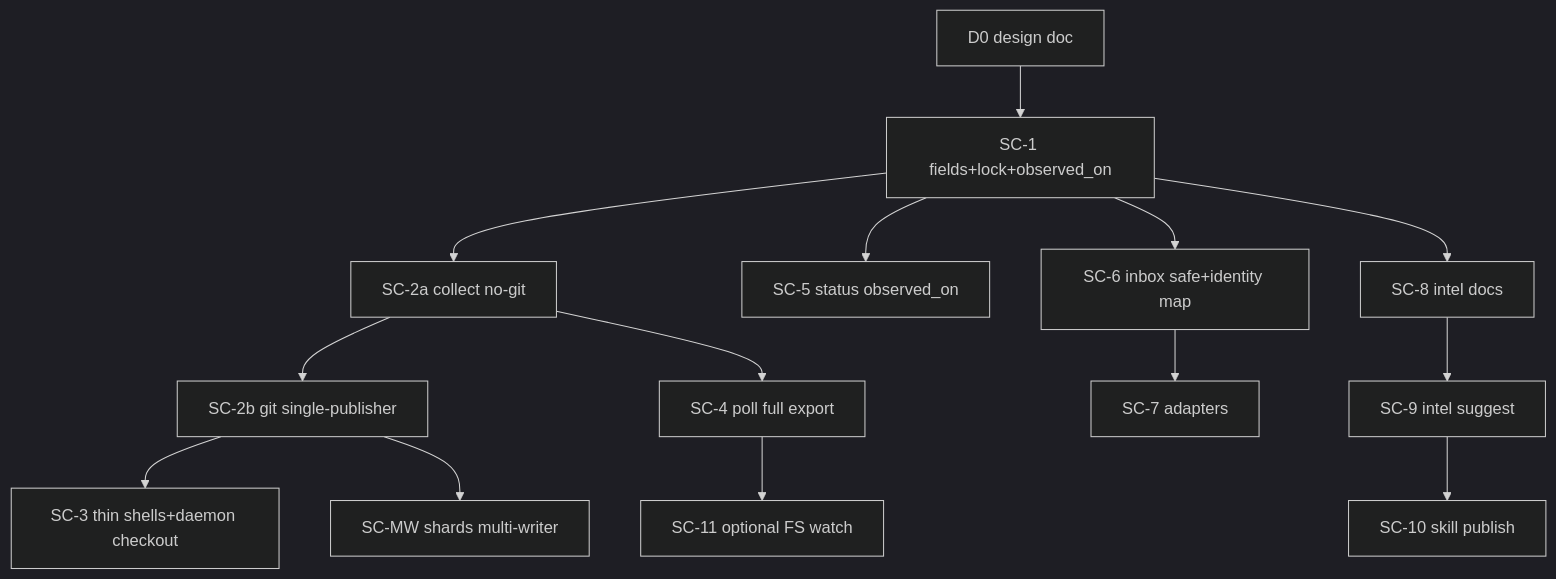
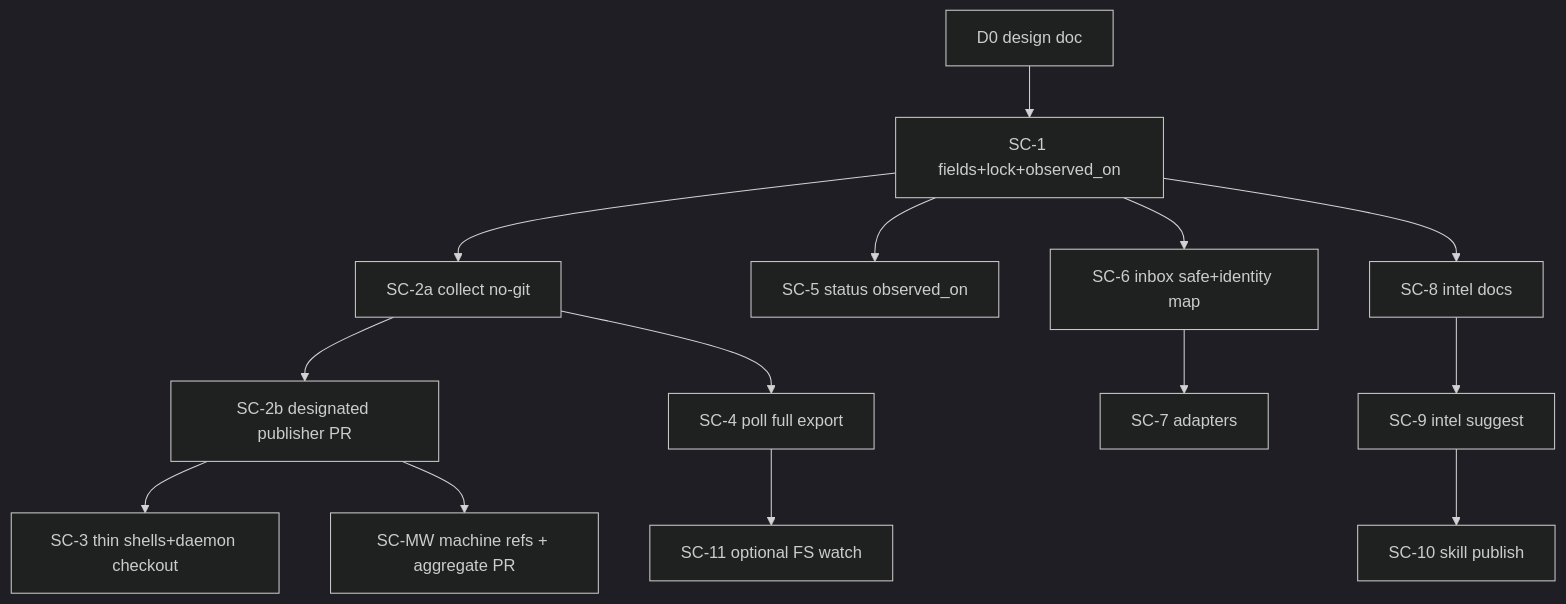
One commit to avidullu/agent-sessions changed the fourth of 4 diagrams in docs/designs/SESSION_COLLECTOR_AND_INTEL.md. Above: the diagram before and after it, drawn with Mermaid (dark theme). The commit also changed other lines of this file, not shown here.

````diff
--- a/docs/designs/SESSION_COLLECTOR_AND_INTEL.md
+++ b/docs/designs/SESSION_COLLECTOR_AND_INTEL.md
@@ -1509,26 +1540,26 @@
 ```mermaid
 flowchart TB
   D0[D0 design doc]
   SC1[SC-1 fields+lock+observed_on]
   SC2a[SC-2a collect no-git]
-  SC2b[SC-2b git single-publisher]
-  SCMW[SC-MW shards multi-writer]
+  SC2b[SC-2b designated publisher PR]
+  SCMW[SC-MW machine refs + aggregate PR]
   SC3[SC-3 thin shells+daemon checkout]
   SC4[SC-4 poll full export]
   SC5[SC-5 status observed_on]
   SC6[SC-6 inbox safe+identity map]
   SC7[SC-7 adapters]
   SC8[SC-8 intel docs]
   SC9[SC-9 intel suggest]
   SC10[SC-10 skill publish]
   SC11[SC-11 optional FS watch]
 
   D0 --> SC1
   SC1 --> SC2a --> SC2b --> SC3
   SC2b --> SCMW
   SC2a --> SC4
   SC1 --> SC5
   SC1 --> SC6 --> SC7
   SC1 --> SC8 --> SC9 --> SC10
   SC4 --> SC11
 ```
````
